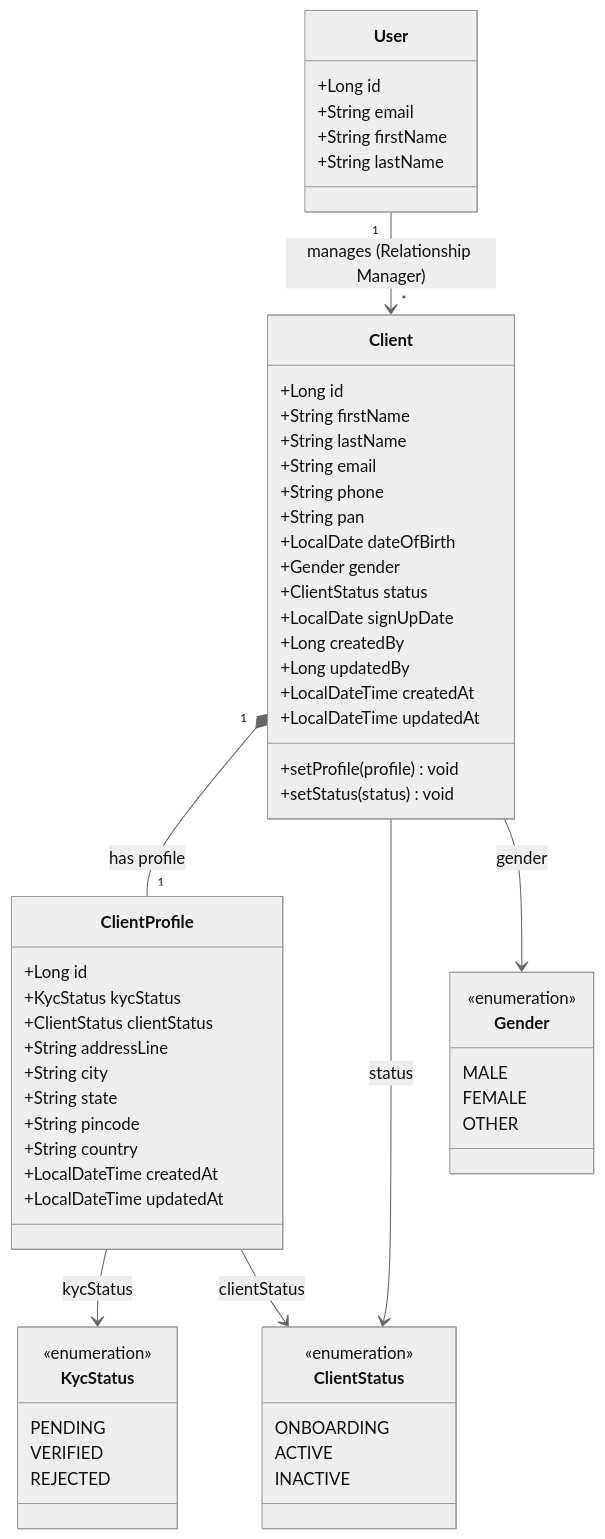
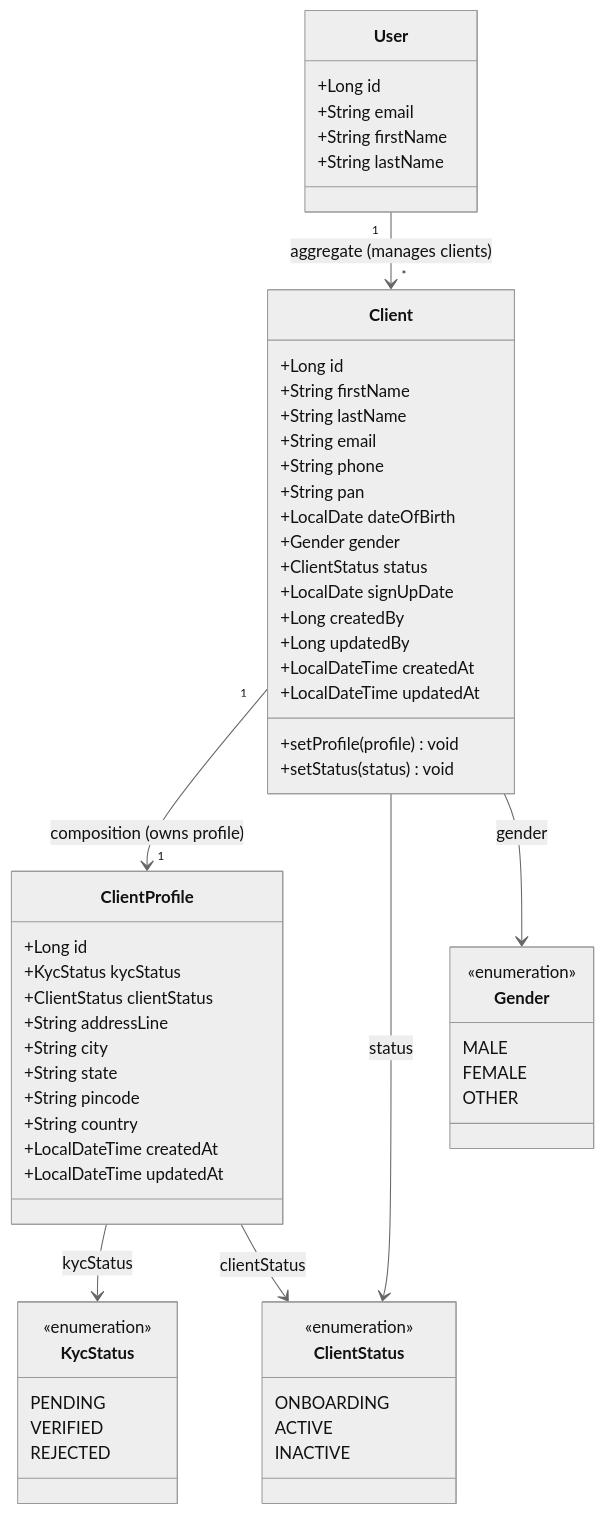
Before and after one commit to NatsuDrag9/wealth-tech-crm: the sixth of 30 diagrams in docs/Uml_Diagrams.md, drawn with Mermaid (neutral theme). The commit also changed other lines of this file, not shown here.

Commit message:
docs(uml-diagrams): minor changes

````diff
--- a/docs/Uml_Diagrams.md
+++ b/docs/Uml_Diagrams.md
@@ -199,69 +214,69 @@
 ```mermaid
 classDiagram
     class Client {
         +Long id
         +String firstName
         +String lastName
         +String email
         +String phone
         +String pan
         +LocalDate dateOfBirth
         +Gender gender
         +ClientStatus status
         +LocalDate signUpDate
         +Long createdBy
         +Long updatedBy
         +LocalDateTime createdAt
         +LocalDateTime updatedAt
         +setProfile(profile) void
         +setStatus(status) void
     }
 
     class ClientProfile {
         +Long id
         +KycStatus kycStatus
         +ClientStatus clientStatus
         +String addressLine
         +String city
         +String state
         +String pincode
         +String country
         +LocalDateTime createdAt
         +LocalDateTime updatedAt
     }
 
     class ClientStatus {
         <<enumeration>>
         ONBOARDING
         ACTIVE
         INACTIVE
     }
 
     class KycStatus {
         <<enumeration>>
         PENDING
         VERIFIED
         REJECTED
     }
 
     class Gender {
         <<enumeration>>
         MALE
         FEMALE
         OTHER
     }
 
     class User {
         +Long id
         +String email
         +String firstName
         +String lastName
     }
 
-    Client "1" *-- "1" ClientProfile : has profile
-    User "1" --> "*" Client : manages (Relationship Manager)
+    Client "1" --> "1" ClientProfile : composition (owns profile)
+    User "1" --> "*" Client : aggregate (manages clients)
     Client --> ClientStatus : status
     Client --> Gender : gender
     ClientProfile --> KycStatus : kycStatus
     ClientProfile --> ClientStatus : clientStatus
 ```
````
